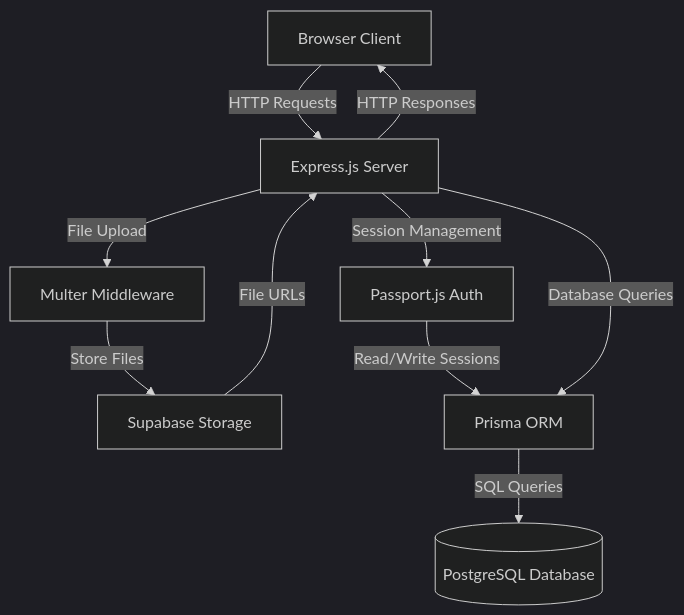
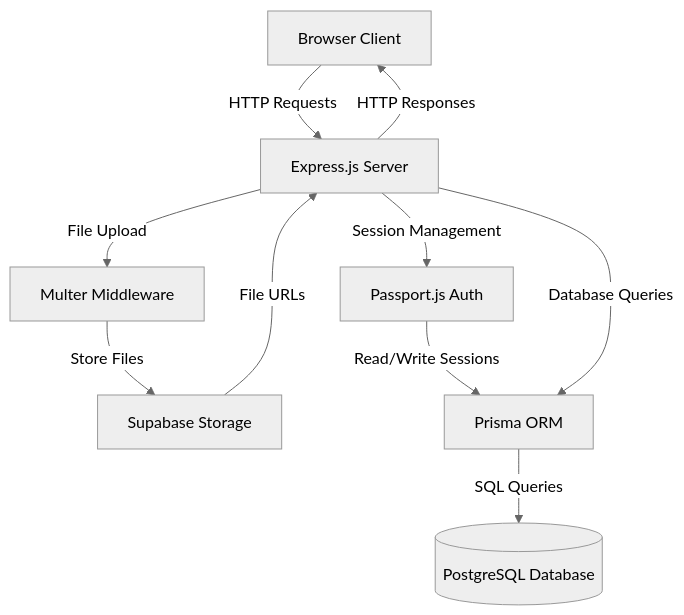
Before and after one commit to dayercher005/File-Uploader: the diagram in README.md, drawn with Mermaid.

Commit message:
docs: updated README.md file

````diff
--- a/README.md
+++ b/README.md
@@ -99,24 +99,24 @@
 ```mermaid
 ---
 config: 
-    theme: 'dark'
+    theme: 'neutral'
 ---
 graph TB
     Client[Browser Client]
     Server[Express.js Server]
     DB[(PostgreSQL Database)]
     Cloud[Supabase Storage]
     Multer[Multer Middleware]
     Passport[Passport.js Auth]
     Prisma[Prisma ORM]
     
     Client -->|HTTP Requests| Server
     Server -->|Session Management| Passport
     Passport -->|Read/Write Sessions| Prisma
     Server -->|File Upload| Multer
     Multer -->|Store Files| Cloud
     Server -->|Database Queries| Prisma
     Prisma -->|SQL Queries| DB
     Cloud -->|File URLs| Server
     Server -->|HTTP Responses| Client
 ```
````
